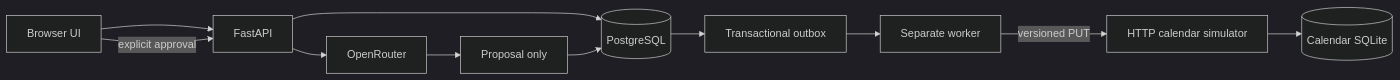
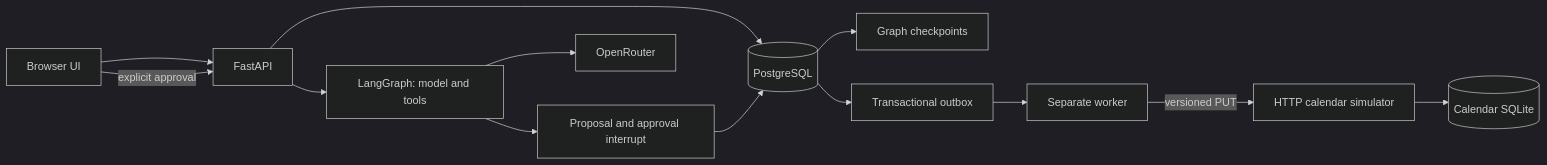
One commit to prabhjeet2570-spec/huddle changed the diagram in docs/architecture.md. Above: the diagram before and after it, drawn with Mermaid (dark theme). The commit also changed 4 other files, not shown here.

````diff
--- a/docs/architecture.md
+++ b/docs/architecture.md
@@ -3,13 +3,15 @@
 ```mermaid
 flowchart LR
     UI[Browser UI] --> API[FastAPI]
     API --> PG[(PostgreSQL)]
-    API --> OR[OpenRouter]
-    OR --> P[Proposal only]
+    API --> G[LangGraph: model and tools]
+    G --> OR[OpenRouter]
+    G --> P[Proposal and approval interrupt]
     P --> PG
+    PG --> CP[Graph checkpoints]
     UI -->|explicit approval| API
     PG --> O[Transactional outbox]
     O --> W[Separate worker]
     W -->|versioned PUT| C[HTTP calendar simulator]
     C --> S[(Calendar SQLite)]
 ```
````
